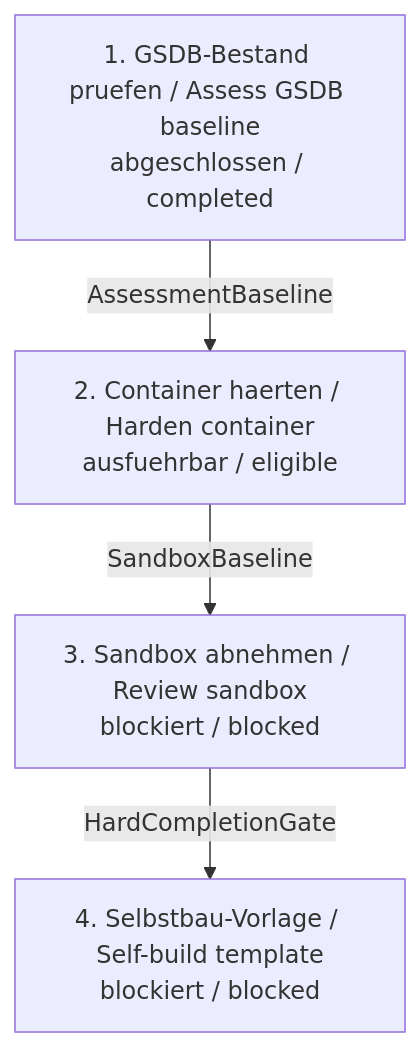
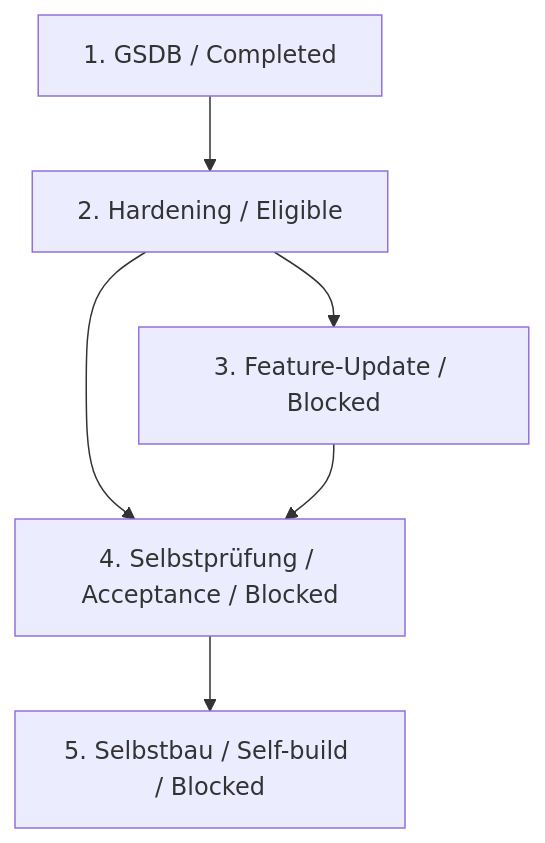
The diagram in Lastenheft_Abarbeitungsreihenfolge.md (hindermath/absdd-image-sandbox), drawn with Mermaid before and after one commit. The commit also changed other lines of this file and 157 other files, not shown here.

Commit message:
docs: deliver sandbox intake series and preserved review lineage

````diff
--- a/Lastenheft_Abarbeitungsreihenfolge.md
+++ b/Lastenheft_Abarbeitungsreihenfolge.md
@@ -81,11 +67,8 @@
 ```mermaid
 flowchart TD
-  GSDB["1. GSDB-Bestand pruefen / Assess GSDB baseline<br/>abgeschlossen / completed"]
-  HARDEN["2. Container haerten / Harden container<br/>ausfuehrbar / eligible"]
-  REVIEW["3. Sandbox abnehmen / Review sandbox<br/>blockiert / blocked"]
-  SELF_BUILD["4. Selbstbau-Vorlage / Self-build template<br/>blockiert / blocked"]
-
-  GSDB -->|AssessmentBaseline| HARDEN
-  HARDEN -->|SandboxBaseline| REVIEW
-  REVIEW -->|HardCompletionGate| SELF_BUILD
+  GSDB["1. GSDB / Completed"] --> HARDEN["2. Hardening / Eligible"]
+  HARDEN --> UPDATE["3. Feature-Update / Blocked"]
+  HARDEN --> REVIEW["4. Selbstprüfung / Acceptance / Blocked"]
+  UPDATE --> REVIEW
+  REVIEW --> SELF["5. Selbstbau / Self-build / Blocked"]
 ```
````
